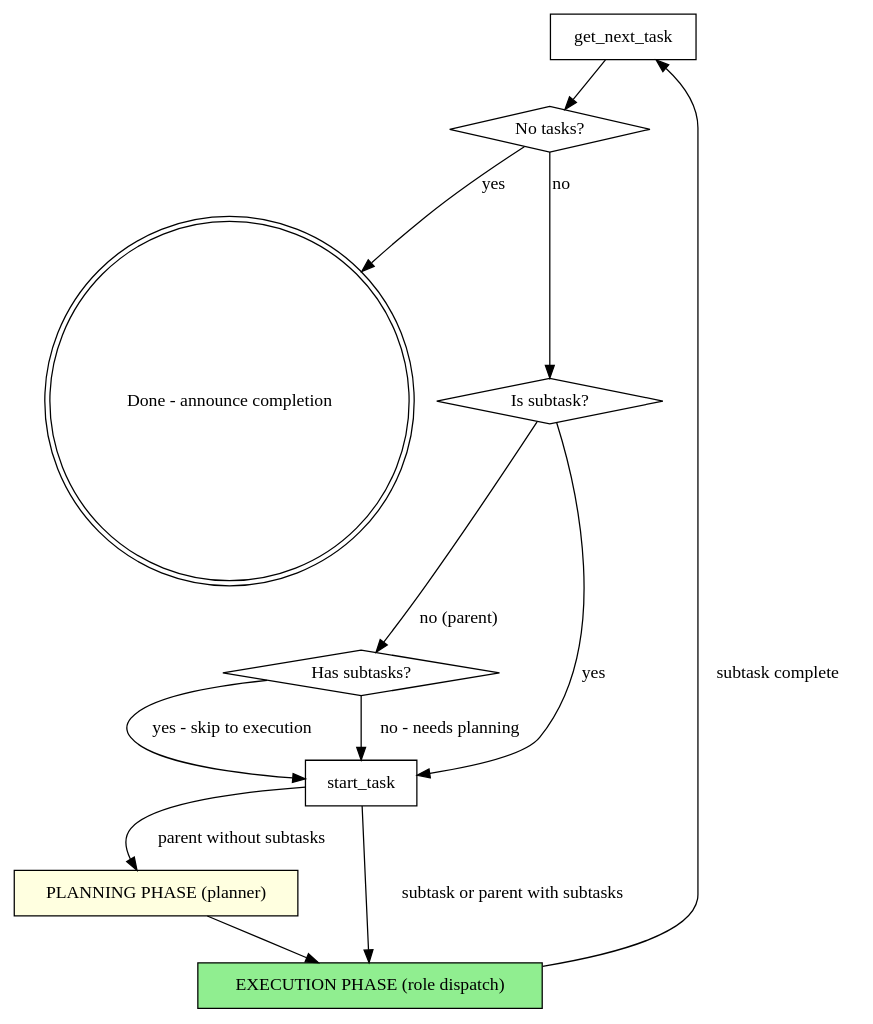
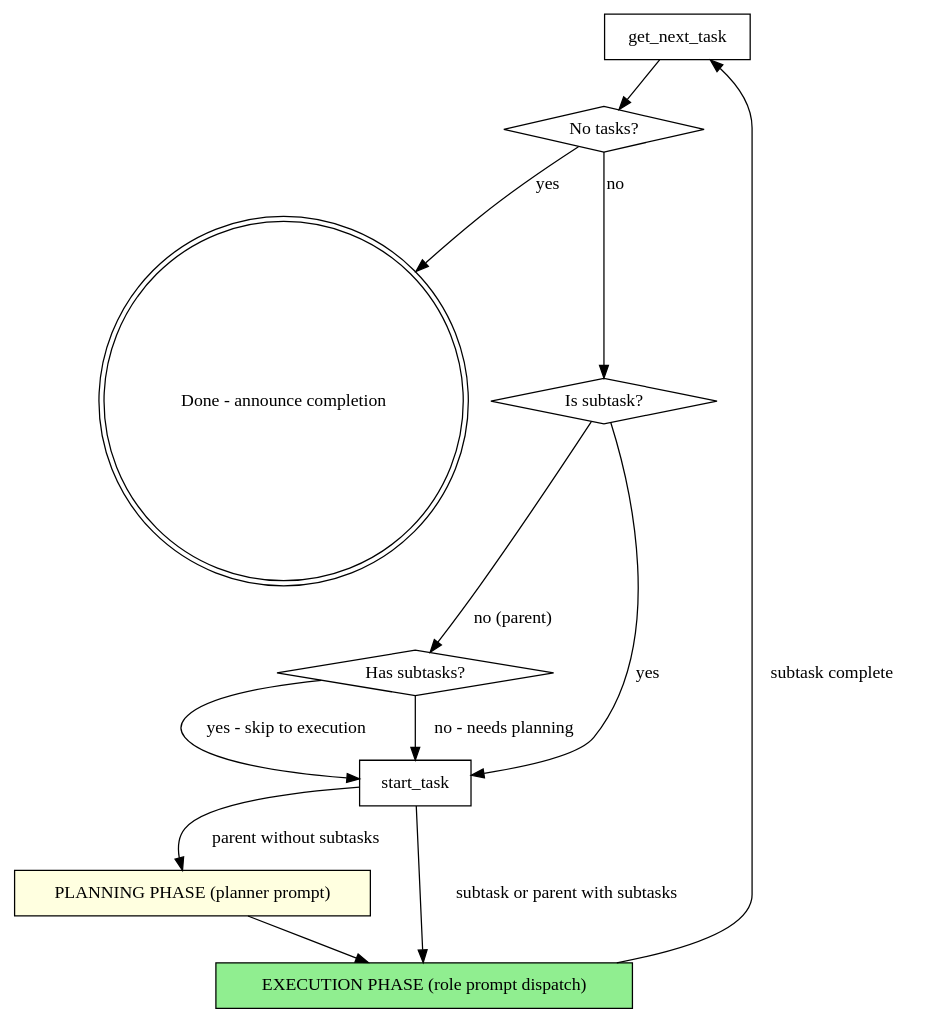
Before and after one commit to igadmg/mcp-task-manager: the diagram in skills/superpowers-workflow/SKILL.md, drawn with Graphviz. The commit also changed other lines of this file and 7 other files, not shown here.

````diff
--- a/skills/superpowers-workflow/SKILL.md
+++ b/skills/superpowers-workflow/SKILL.md
@@ -61,26 +41,26 @@
 ```dot
 digraph workflow {
     rankdir=TB;
 
     "get_next_task" [shape=box];
     "No tasks?" [shape=diamond];
     "Done - announce completion" [shape=doublecircle];
     "Is subtask?" [shape=diamond];
     "Has subtasks?" [shape=diamond];
     "start_task" [shape=box];
-    "PLANNING PHASE (planner)" [shape=box style=filled fillcolor=lightyellow];
-    "EXECUTION PHASE (role dispatch)" [shape=box style=filled fillcolor=lightgreen];
+    "PLANNING PHASE (planner prompt)" [shape=box style=filled fillcolor=lightyellow];
+    "EXECUTION PHASE (role prompt dispatch)" [shape=box style=filled fillcolor=lightgreen];
 
     "get_next_task" -> "No tasks?";
     "No tasks?" -> "Done - announce completion" [label="yes"];
     "No tasks?" -> "Is subtask?" [label="no"];
     "Is subtask?" -> "start_task" [label="yes"];
     "Is subtask?" -> "Has subtasks?" [label="no (parent)"];
     "Has subtasks?" -> "start_task" [label="yes - skip to execution"];
     "Has subtasks?" -> "start_task" [label="no - needs planning"];
-    "start_task" -> "PLANNING PHASE (planner)" [label="parent without subtasks"];
-    "start_task" -> "EXECUTION PHASE (role dispatch)" [label="subtask or parent with subtasks"];
-    "PLANNING PHASE (planner)" -> "EXECUTION PHASE (role dispatch)";
-    "EXECUTION PHASE (role dispatch)" -> "get_next_task" [label="subtask complete"];
+    "start_task" -> "PLANNING PHASE (planner prompt)" [label="parent without subtasks"];
+    "start_task" -> "EXECUTION PHASE (role prompt dispatch)" [label="subtask or parent with subtasks"];
+    "PLANNING PHASE (planner prompt)" -> "EXECUTION PHASE (role prompt dispatch)";
+    "EXECUTION PHASE (role prompt dispatch)" -> "get_next_task" [label="subtask complete"];
 }
 ```
````
